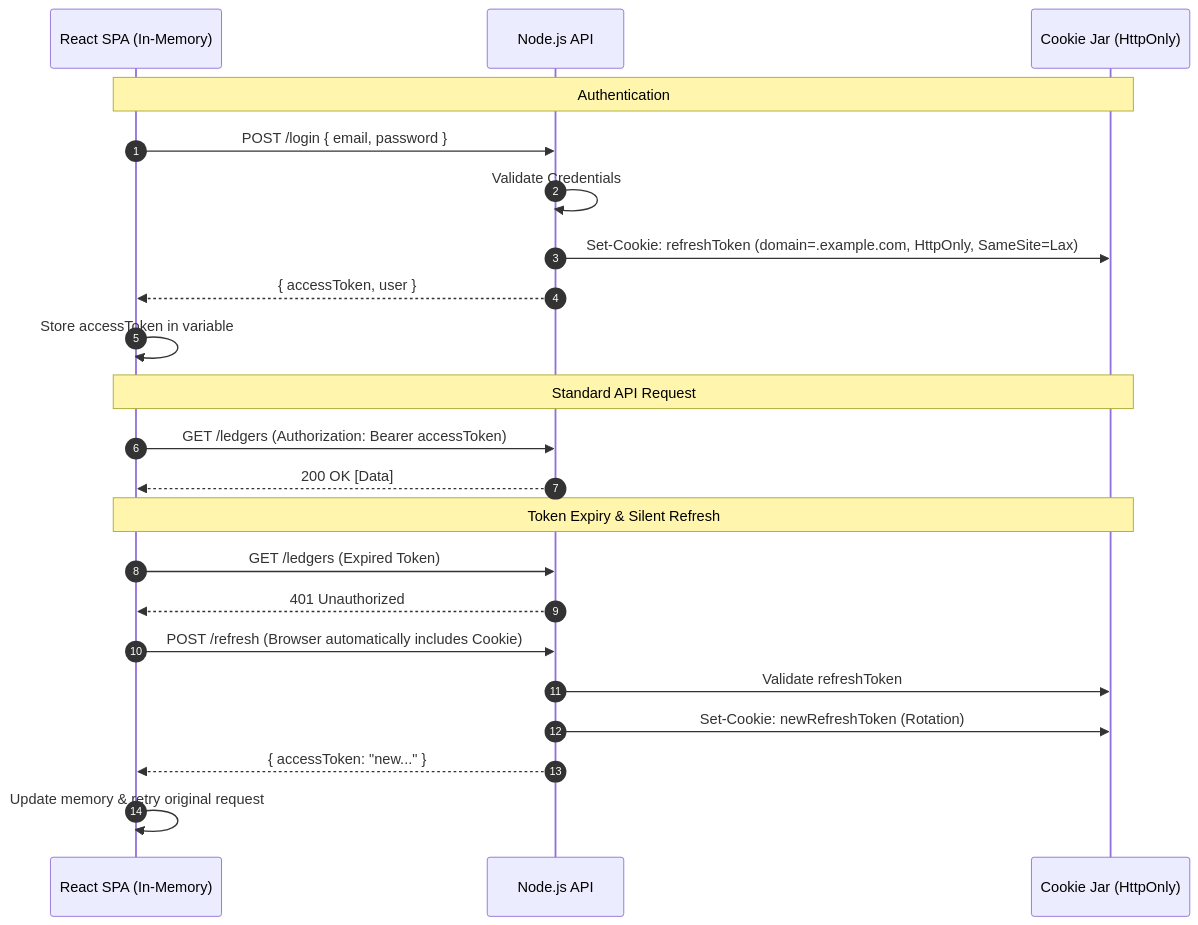
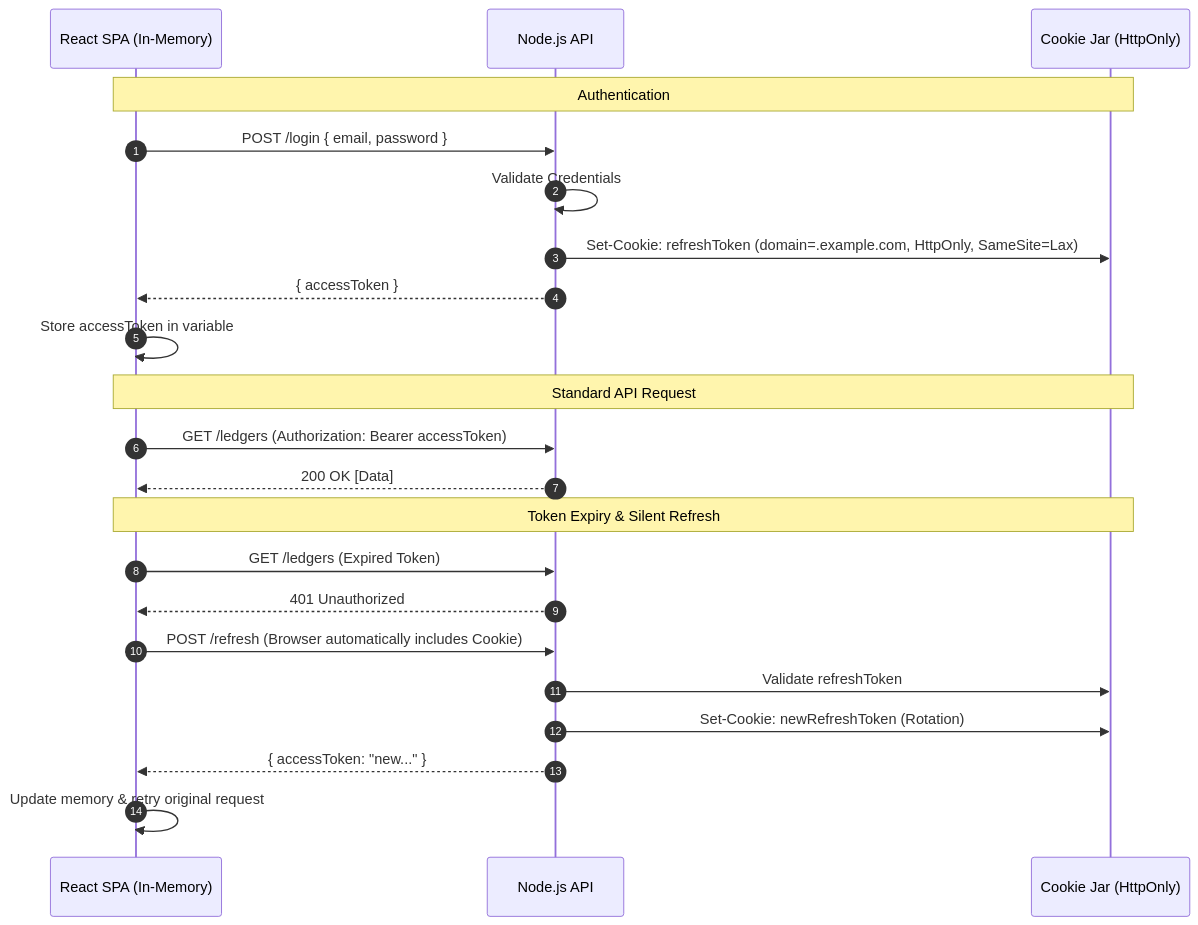
One commit to oosahon/drimsheet-core changed the diagram in src/app/usecases/auth/__docs__/auth-strategy.mermaid. Above: the diagram before and after it, drawn with Mermaid.

```diff
--- a/src/app/usecases/auth/__docs__/auth-strategy.mermaid
+++ b/src/app/usecases/auth/__docs__/auth-strategy.mermaid
@@ -1,25 +1,25 @@
 sequenceDiagram
     autonumber
     participant Browser as React SPA (In-Memory)
     participant Server as Node.js API
     participant Cookie as Cookie Jar (HttpOnly)
 
     Note over Browser, Cookie: Authentication
     Browser->>Server: POST /login { email, password }
     Server->>Server: Validate Credentials
     Server->>Cookie: Set-Cookie: refreshToken (domain=.example.com, HttpOnly, SameSite=Lax)
-    Server-->>Browser: { accessToken, user }
+    Server-->>Browser: { accessToken }
     Browser->>Browser: Store accessToken in variable
 
     Note over Browser, Cookie: Standard API Request
     Browser->>Server: GET /ledgers (Authorization: Bearer accessToken)
     Server-->>Browser: 200 OK [Data]
 
     Note over Browser, Cookie: Token Expiry & Silent Refresh
     Browser->>Server: GET /ledgers (Expired Token)
     Server-->>Browser: 401 Unauthorized
     Browser->>Server: POST /refresh (Browser automatically includes Cookie)
     Server->>Cookie: Validate refreshToken
     Server->>Cookie: Set-Cookie: newRefreshToken (Rotation)
     Server-->>Browser: { accessToken: "new..." }
     Browser->>Browser: Update memory & retry original request
```
